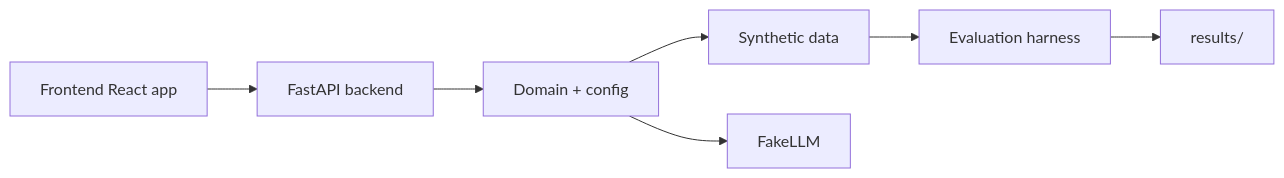
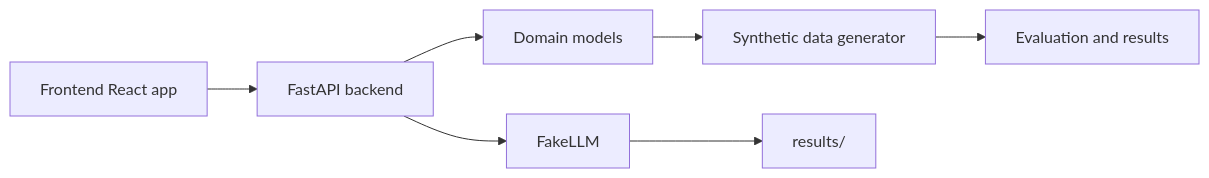
Before and after one commit to rohan9521/sentinel: the diagram in README.md, drawn with Mermaid. The commit also changed other lines of this file and 14 other files, not shown here.

````diff
--- a/README.md
+++ b/README.md
@@ -42,9 +40,9 @@
 ```mermaid
 flowchart LR
     A[Frontend React app] --> B[FastAPI backend]
-    B --> C[Domain + config]
-    C --> D[Synthetic data]
-    C --> E[FakeLLM]
-    D --> F[Evaluation harness]
+    B --> C[Domain models]
+    C --> D[Synthetic data generator]
+    D --> E[Evaluation and results]
+    B --> F[FakeLLM]
     F --> G[results/]
 ```
````
